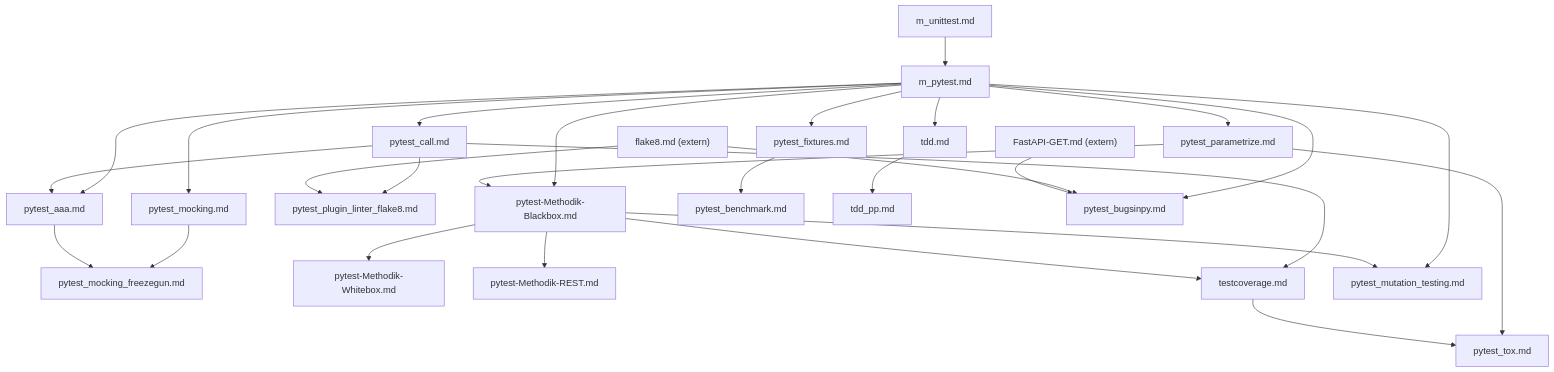
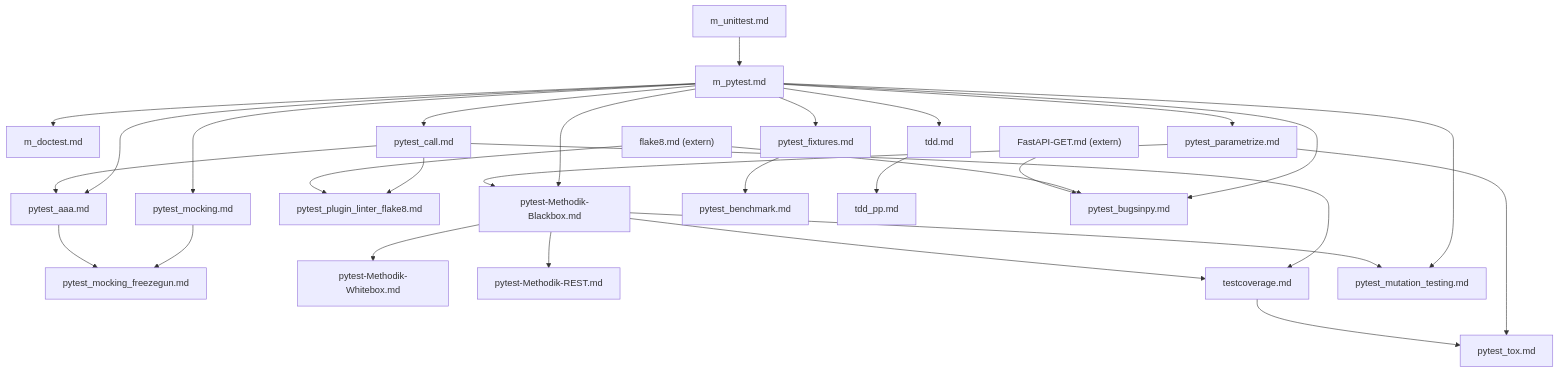
Before and after one commit to fubinf/propra-inf: the diagram in ch/Testen/Unittests/index.md, drawn with Mermaid. The commit also changed other lines of this file and 2 other files, not shown here.

Commit message:
m_doctest.md: #199; added task in stage alpha

````diff
--- a/ch/Testen/Unittests/index.md
+++ b/ch/Testen/Unittests/index.md
@@ -19,52 +19,54 @@
 ```mermaid
 graph TD
     m_unittest["m_unittest.md"]
     m_pytest["m_pytest.md"]
+    m_doctest["m_doctest.md"]
     pytest_call["pytest_call.md"]
     pytest_parametrize["pytest_parametrize.md"]
     pytest_aaa["pytest_aaa.md"]
     pytest_fixtures["pytest_fixtures.md"]
     pytest_mocking["pytest_mocking.md"]
     pytest_mocking_freezegun["pytest_mocking_freezegun.md"]
     pytest_plugin_linter_flake8["pytest_plugin_linter_flake8.md"]
     tdd["tdd.md"]
     pytest_methodik_blackbox["pytest-Methodik-Blackbox.md"]
     pytest_methodik_whitebox["pytest-Methodik-Whitebox.md"]
     pytest_methodik_rest["pytest-Methodik-REST.md"]
     flake8_ext["flake8.md (extern)"]
     fastapi_get_ext["FastAPI-GET.md (extern)"]
     testcoverage["testcoverage.md"]
     pytest_benchmark["pytest_benchmark.md"]
     pytest_tox["pytest_tox.md"]
     pytest_mutation_testing["pytest_mutation_testing.md"]
     tdd_pp["tdd_pp.md"]
     pytest_bugsinpy["pytest_bugsinpy.md"]
 
     m_unittest --> m_pytest
     m_pytest --> pytest_call
     m_pytest --> pytest_parametrize
     m_pytest --> pytest_aaa
     m_pytest --> pytest_fixtures
     m_pytest --> pytest_mocking
     m_pytest --> tdd
     m_pytest --> pytest_methodik_blackbox
     m_pytest --> pytest_mutation_testing
     m_pytest --> pytest_bugsinpy
+    m_pytest --> m_doctest
     pytest_call --> pytest_aaa
     pytest_call --> pytest_plugin_linter_flake8
     pytest_call --> testcoverage
     pytest_parametrize --> pytest_methodik_blackbox
     pytest_parametrize --> pytest_tox
     pytest_methodik_blackbox --> pytest_methodik_whitebox
     pytest_methodik_blackbox --> pytest_methodik_rest
     pytest_methodik_blackbox --> testcoverage
     pytest_methodik_blackbox --> pytest_mutation_testing
     pytest_mocking --> pytest_mocking_freezegun
     pytest_aaa --> pytest_mocking_freezegun
     pytest_fixtures --> pytest_benchmark
     tdd --> tdd_pp
     testcoverage --> pytest_tox
     flake8_ext --> pytest_plugin_linter_flake8
     flake8_ext --> pytest_bugsinpy
     fastapi_get_ext --> pytest_bugsinpy
 ```
````
